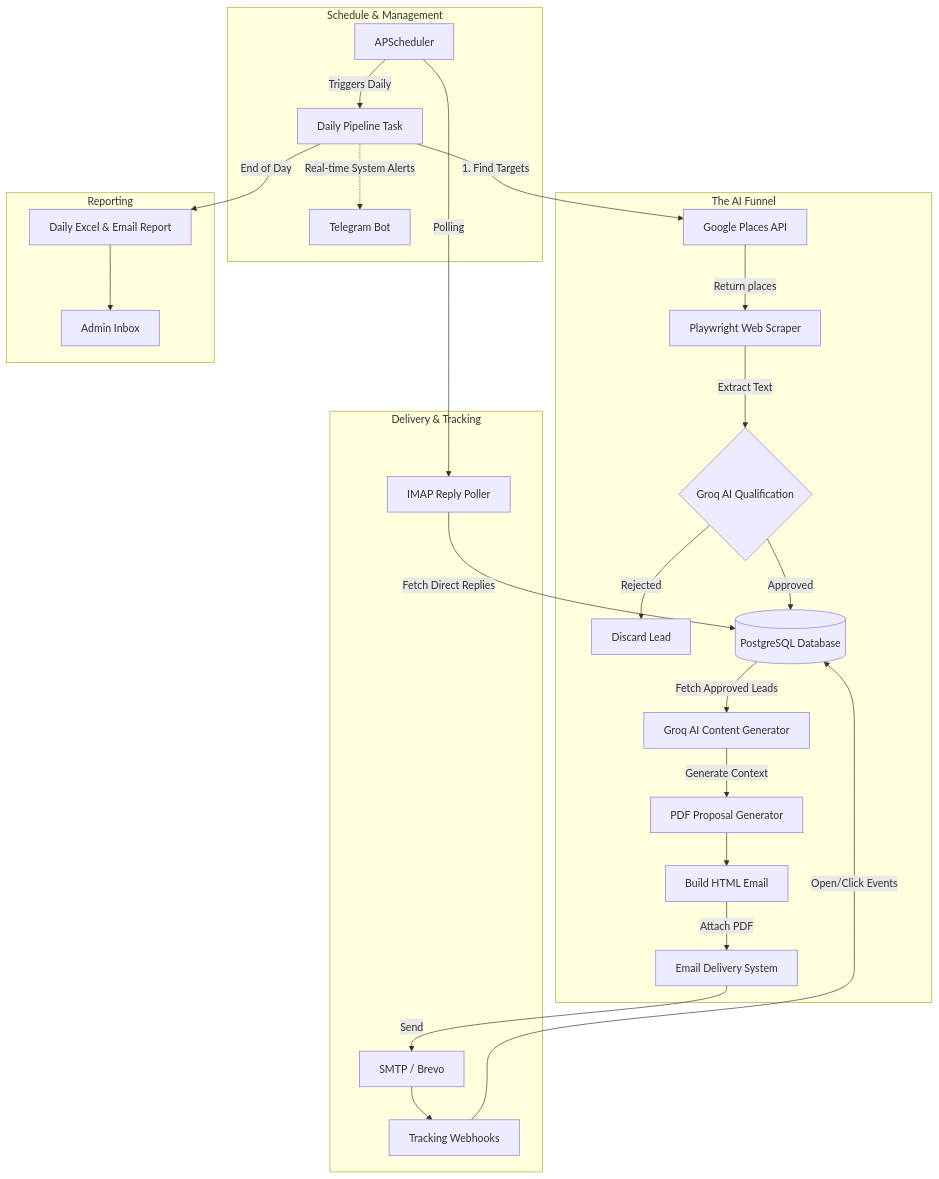
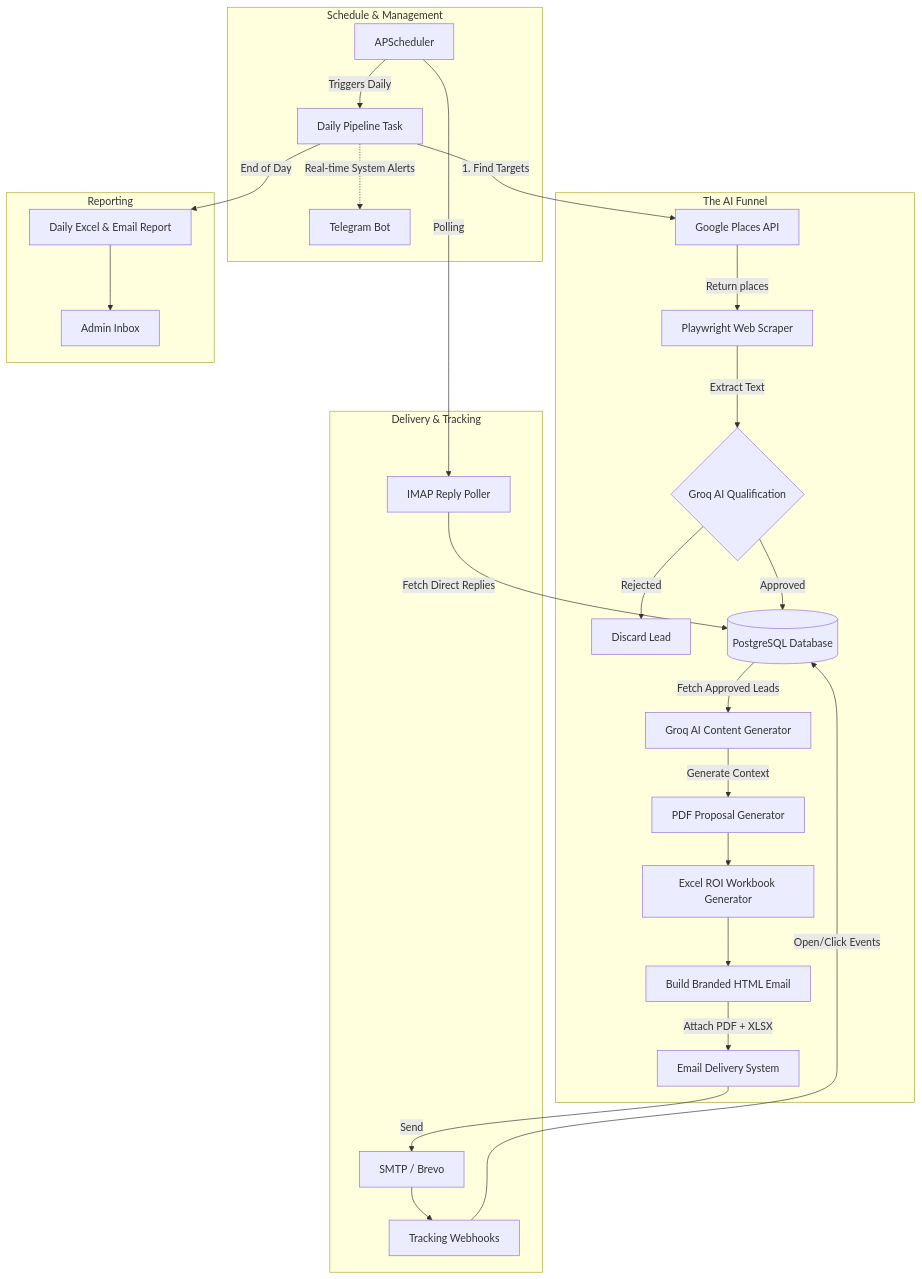
The diagram in README.md (colddsam/coldscout), drawn with Mermaid before and after one commit. The commit also changed other lines of this file and 16 other files, not shown here.

````diff
--- a/README.md
+++ b/README.md
@@ -74,34 +75,35 @@
 ```mermaid
 graph TD;
     subgraph "Schedule & Management"
         Cron[APScheduler] -->|Triggers Daily| Pipeline[Daily Pipeline Task]
         Pipeline -.->|Real-time System Alerts| Telegram[Telegram Bot]
     end
 
     subgraph "The AI Funnel"
         Pipeline -->|1. Find Targets| GooglePlaces[Google Places API]
         GooglePlaces -->|Return places| Scraper[Playwright Web Scraper]
       
         Scraper -->|Extract Text| AI_Qualify{Groq AI Qualification}
         AI_Qualify -- Rejected --> Drop[Discard Lead]
         AI_Qualify -- Approved --> DB[(PostgreSQL Database)]
 
         DB -->|Fetch Approved Leads| AI_Personalize[Groq AI Content Generator]
         AI_Personalize -->|Generate Context| PDFGen[PDF Proposal Generator]
-        PDFGen --> EmailBuilder[Build HTML Email]
-        EmailBuilder -->|Attach PDF| Mailer[Email Delivery System]
+        PDFGen --> XLSXGen[Excel ROI Workbook Generator]
+        XLSXGen --> EmailBuilder[Build Branded HTML Email]
+        EmailBuilder -->|Attach PDF + XLSX| Mailer[Email Delivery System]
     end
 
     subgraph "Delivery & Tracking"
         Mailer -->|Send| ClientOutbox[SMTP / Brevo]
         ClientOutbox --> Webhook[Tracking Webhooks]
         Webhook -->|Open/Click Events| DB
         Cron -->|Polling| Poller[IMAP Reply Poller]
         Poller -->|Fetch Direct Replies| DB
     end
 
     subgraph "Reporting"
         Pipeline -->|End of Day| Reporter[Daily Excel & Email Report]
         Reporter --> Admin[Admin Inbox]
     end
 ```
````
